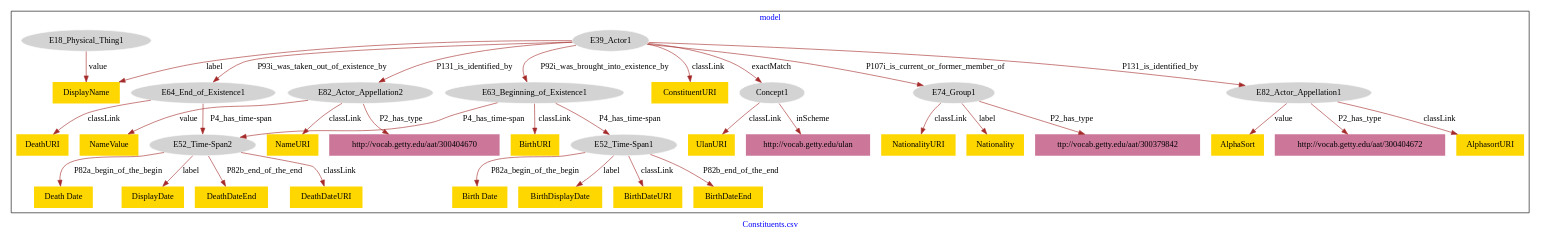
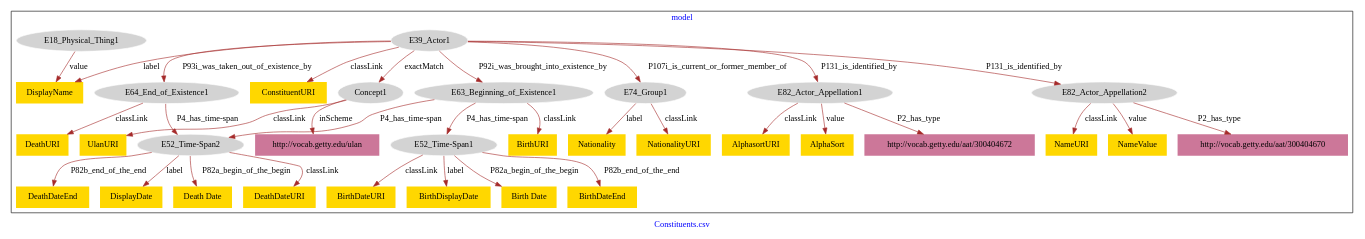
The diagram in Constituents_institutions/Constituents_institutions-model.dot (american-art/GM), drawn with Graphviz before and after one commit.

Commit message:
Update file Constituents_institutions-model.dot

```diff
--- a/Constituents_institutions/Constituents_institutions-model.dot
+++ b/Constituents_institutions/Constituents_institutions-model.dot
@@ -1,74 +1,72 @@
 digraph n0 {
 fontcolor="blue"
 remincross="true"
 label="Constituents.csv"
 subgraph cluster {
 label="model"
 n2[style="filled",color="white",fillcolor="lightgray",label="E74_Group1"];
 n3[shape="plaintext",style="filled",fillcolor="gold",label="Nationality"];
-n4[style="filled",color="white",fillcolor="lightgray",label="E82_Actor_Appellation1"];
-n5[shape="plaintext",style="filled",fillcolor="#CC7799",label="http://vocab.getty.edu/aat/300404672"];
-n6[style="filled",color="white",fillcolor="lightgray",label="E39_Actor1"];
-n7[style="filled",color="white",fillcolor="lightgray",label="E64_End_of_Existence1"];
-n8[style="filled",color="white",fillcolor="lightgray",label="E18_Physical_Thing1"];
-n9[shape="plaintext",style="filled",fillcolor="gold",label="DisplayName"];
+n4[style="filled",color="white",fillcolor="lightgray",label="E52_Time-Span2"];
+n5[shape="plaintext",style="filled",fillcolor="gold",label="DeathDateEnd"];
+n6[style="filled",color="white",fillcolor="lightgray",label="E82_Actor_Appellation1"];
+n7[shape="plaintext",style="filled",fillcolor="#CC7799",label="http://vocab.getty.edu/aat/300404672"];
+n8[style="filled",color="white",fillcolor="lightgray",label="E39_Actor1"];
+n9[style="filled",color="white",fillcolor="lightgray",label="E64_End_of_Existence1"];
 n10[style="filled",color="white",fillcolor="lightgray",label="E82_Actor_Appellation2"];
-n11[style="filled",color="white",fillcolor="lightgray",label="E52_Time-Span1"];
-n12[shape="plaintext",style="filled",fillcolor="gold",label="Birth Date"];
-n13[style="filled",color="white",fillcolor="lightgray",label="E63_Beginning_of_Existence1"];
-n14[shape="plaintext",style="filled",fillcolor="gold",label="BirthURI"];
-n15[shape="plaintext",style="filled",fillcolor="gold",label="NameURI"];
-n16[shape="plaintext",style="filled",fillcolor="#CC7799",label="ttp://vocab.getty.edu/aat/300379842"];
-n17[style="filled",color="white",fillcolor="lightgray",label="E52_Time-Span2"];
+n11[shape="plaintext",style="filled",fillcolor="gold",label="ConstituentURI"];
+n12[shape="plaintext",style="filled",fillcolor="gold",label="DisplayDate"];
+n13[style="filled",color="white",fillcolor="lightgray",label="Concept1"];
+n14[style="filled",color="white",fillcolor="lightgray",label="E63_Beginning_of_Existence1"];
+n15[style="filled",color="white",fillcolor="lightgray",label="E52_Time-Span1"];
+n16[shape="plaintext",style="filled",fillcolor="gold",label="BirthDateURI"];
+n17[shape="plaintext",style="filled",fillcolor="#CC7799",label="http://vocab.getty.edu/aat/300404670"];
 n18[shape="plaintext",style="filled",fillcolor="gold",label="Death Date"];
-n19[shape="plaintext",style="filled",fillcolor="gold",label="ConstituentURI"];
-n20[shape="plaintext",style="filled",fillcolor="gold",label="BirthDisplayDate"];
-n21[style="filled",color="white",fillcolor="lightgray",label="Concept1"];
-n22[shape="plaintext",style="filled",fillcolor="#CC7799",label="http://vocab.getty.edu/aat/300404670"];
-n23[shape="plaintext",style="filled",fillcolor="gold",label="DisplayDate"];
-n24[shape="plaintext",style="filled",fillcolor="gold",label="BirthDateURI"];
-n25[shape="plaintext",style="filled",fillcolor="gold",label="UlanURI"];
-n26[shape="plaintext",style="filled",fillcolor="gold",label="NationalityURI"];
-n27[shape="plaintext",style="filled",fillcolor="gold",label="NameValue"];
-n28[shape="plaintext",style="filled",fillcolor="gold",label="BirthDateEnd"];
-n29[shape="plaintext",style="filled",fillcolor="gold",label="AlphasortURI"];
-n30[shape="plaintext",style="filled",fillcolor="gold",label="AlphaSort"];
-n31[shape="plaintext",style="filled",fillcolor="gold",label="DeathDateEnd"];
-n32[shape="plaintext",style="filled",fillcolor="gold",label="DeathURI"];
-n33[shape="plaintext",style="filled",fillcolor="gold",label="DeathDateURI"];
-n34[shape="plaintext",style="filled",fillcolor="#CC7799",label="http://vocab.getty.edu/ulan"];
+n19[shape="plaintext",style="filled",fillcolor="gold",label="DeathURI"];
+n20[shape="plaintext",style="filled",fillcolor="gold",label="AlphasortURI"];
+n21[shape="plaintext",style="filled",fillcolor="gold",label="BirthDisplayDate"];
+n22[shape="plaintext",style="filled",fillcolor="gold",label="NationalityURI"];
+n23[shape="plaintext",style="filled",fillcolor="gold",label="AlphaSort"];
+n24[shape="plaintext",style="filled",fillcolor="gold",label="Birth Date"];
+n25[shape="plaintext",style="filled",fillcolor="gold",label="BirthURI"];
+n26[shape="plaintext",style="filled",fillcolor="gold",label="NameURI"];
+n27[shape="plaintext",style="filled",fillcolor="gold",label="DeathDateURI"];
+n28[shape="plaintext",style="filled",fillcolor="gold",label="DisplayName"];
+n29[shape="plaintext",style="filled",fillcolor="gold",label="BirthDateEnd"];
+n30[shape="plaintext",style="filled",fillcolor="gold",label="UlanURI"];
+n31[shape="plaintext",style="filled",fillcolor="#CC7799",label="http://vocab.getty.edu/ulan"];
+n32[style="filled",color="white",fillcolor="lightgray",label="E18_Physical_Thing1"];
+n33[shape="plaintext",style="filled",fillcolor="gold",label="NameValue"];
 }
 n2 -> n3[color="brown",fontcolor="black",label="label"]
-n4 -> n5[color="brown",fontcolor="black",label="P2_has_type"]
-n6 -> n7[color="brown",fontcolor="black",label="P93i_was_taken_out_of_existence_by"]
-n8 -> n9[color="brown",fontcolor="black",label="value"]
-n6 -> n10[color="brown",fontcolor="black",label="P131_is_identified_by"]
-n11 -> n12[color="brown",fontcolor="black",label="P82a_begin_of_the_begin"]
-n6 -> n4[color="brown",fontcolor="black",label="P131_is_identified_by"]
-n13 -> n14[color="brown",fontcolor="black",label="classLink"]
-n10 -> n15[color="brown",fontcolor="black",label="classLink"]
-n2 -> n16[color="brown",fontcolor="black",label="P2_has_type"]
-n17 -> n18[color="brown",fontcolor="black",label="P82a_begin_of_the_begin"]
-n6 -> n19[color="brown",fontcolor="black",label="classLink"]
-n11 -> n20[color="brown",fontcolor="black",label="label"]
-n6 -> n21[color="brown",fontcolor="black",label="exactMatch"]
-n13 -> n11[color="brown",fontcolor="black",label="P4_has_time-span"]
-n10 -> n22[color="brown",fontcolor="black",label="P2_has_type"]
-n13 -> n17[color="brown",fontcolor="black",label="P4_has_time-span"]
-n17 -> n23[color="brown",fontcolor="black",label="label"]
-n11 -> n24[color="brown",fontcolor="black",label="classLink"]
-n21 -> n25[color="brown",fontcolor="black",label="classLink"]
-n2 -> n26[color="brown",fontcolor="black",label="classLink"]
-n10 -> n27[color="brown",fontcolor="black",label="value"]
-n6 -> n9[color="brown",fontcolor="black",label="label"]
-n11 -> n28[color="brown",fontcolor="black",label="P82b_end_of_the_end"]
-n4 -> n29[color="brown",fontcolor="black",label="classLink"]
-n4 -> n30[color="brown",fontcolor="black",label="value"]
-n17 -> n31[color="brown",fontcolor="black",label="P82b_end_of_the_end"]
-n6 -> n13[color="brown",fontcolor="black",label="P92i_was_brought_into_existence_by"]
-n7 -> n32[color="brown",fontcolor="black",label="classLink"]
-n17 -> n33[color="brown",fontcolor="black",label="classLink"]
-n6 -> n2[color="brown",fontcolor="black",label="P107i_is_current_or_former_member_of"]
-n21 -> n34[color="brown",fontcolor="black",label="inScheme"]
-n7 -> n17[color="brown",fontcolor="black",label="P4_has_time-span"]
+n4 -> n5[color="brown",fontcolor="black",label="P82b_end_of_the_end"]
+n6 -> n7[color="brown",fontcolor="black",label="P2_has_type"]
+n8 -> n9[color="brown",fontcolor="black",label="P93i_was_taken_out_of_existence_by"]
+n8 -> n10[color="brown",fontcolor="black",label="P131_is_identified_by"]
+n8 -> n11[color="brown",fontcolor="black",label="classLink"]
+n8 -> n6[color="brown",fontcolor="black",label="P131_is_identified_by"]
+n4 -> n12[color="brown",fontcolor="black",label="label"]
+n8 -> n13[color="brown",fontcolor="black",label="exactMatch"]
+n14 -> n15[color="brown",fontcolor="black",label="P4_has_time-span"]
+n15 -> n16[color="brown",fontcolor="black",label="classLink"]
+n10 -> n17[color="brown",fontcolor="black",label="P2_has_type"]
+n14 -> n4[color="brown",fontcolor="black",label="P4_has_time-span"]
+n4 -> n18[color="brown",fontcolor="black",label="P82a_begin_of_the_begin"]
+n9 -> n19[color="brown",fontcolor="black",label="classLink"]
+n6 -> n20[color="brown",fontcolor="black",label="classLink"]
+n15 -> n21[color="brown",fontcolor="black",label="label"]
+n2 -> n22[color="brown",fontcolor="black",label="classLink"]
+n6 -> n23[color="brown",fontcolor="black",label="value"]
+n15 -> n24[color="brown",fontcolor="black",label="P82a_begin_of_the_begin"]
+n14 -> n25[color="brown",fontcolor="black",label="classLink"]
+n10 -> n26[color="brown",fontcolor="black",label="classLink"]
+n8 -> n14[color="brown",fontcolor="black",label="P92i_was_brought_into_existence_by"]
+n4 -> n27[color="brown",fontcolor="black",label="classLink"]
+n8 -> n28[color="brown",fontcolor="black",label="label"]
+n15 -> n29[color="brown",fontcolor="black",label="P82b_end_of_the_end"]
+n13 -> n30[color="brown",fontcolor="black",label="classLink"]
+n8 -> n2[color="brown",fontcolor="black",label="P107i_is_current_or_former_member_of"]
+n13 -> n31[color="brown",fontcolor="black",label="inScheme"]
+n32 -> n28[color="brown",fontcolor="black",label="value"]
+n9 -> n4[color="brown",fontcolor="black",label="P4_has_time-span"]
+n10 -> n33[color="brown",fontcolor="black",label="value"]
 }
```
